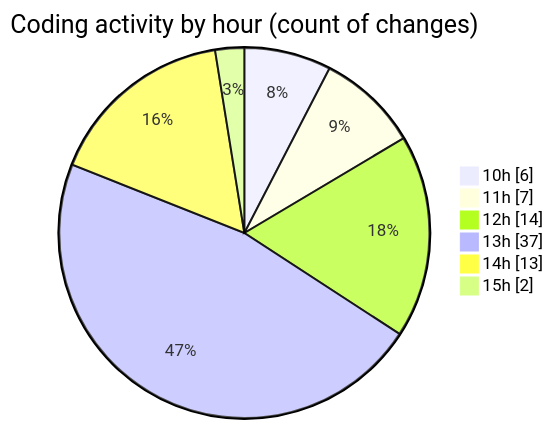
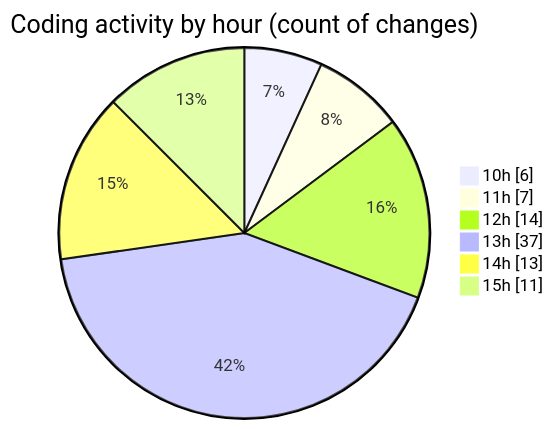
One commit to momahboobian/code-tracking changed the second of 2 diagrams in 2025-06-23/cda/README.md. Above: the diagram before and after it, drawn with Mermaid. The commit also changed other lines of this file and 1 other file, not shown here.

````diff
--- a/2025-06-23/cda/README.md
+++ b/2025-06-23/cda/README.md
@@ -40,10 +41,10 @@
 ```mermaid
 pie showData
 title Coding activity by hour (count of changes)
 "10h" : 6
 "11h" : 7
 "12h" : 14
 "13h" : 37
 "14h" : 13
-"15h" : 2
+"15h" : 11
 ```
````
